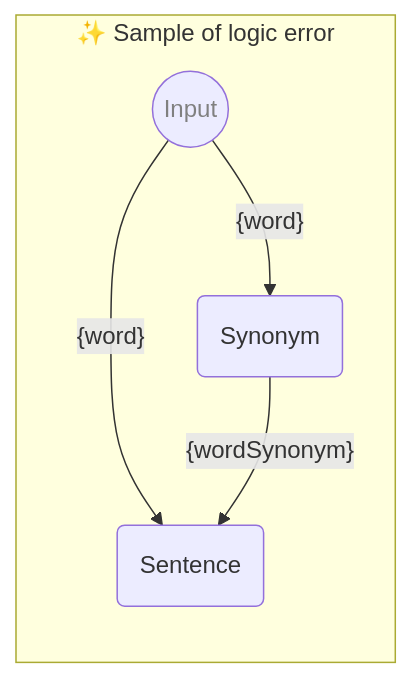
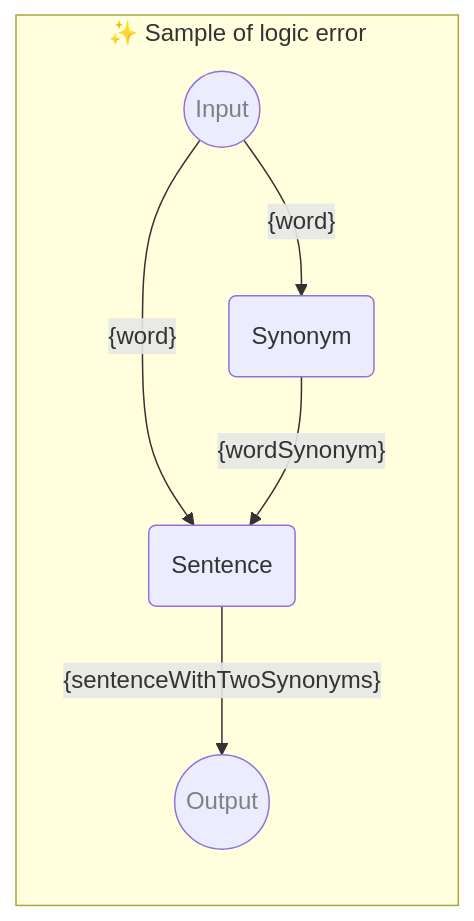
One commit to webgptorg/promptbook changed the diagram in samples/templates/70-parameter-used-in-reverse-order.ptbk.md. Above: the diagram before and after it, drawn with Mermaid. The commit also changed other lines of this file and 43 other files, not shown here.

````diff
--- a/samples/templates/70-parameter-used-in-reverse-order.ptbk.md
+++ b/samples/templates/70-parameter-used-in-reverse-order.ptbk.md
@@ -16,19 +17,23 @@
 ```mermaid
 %% 🔮 Tip: Open this on GitHub or in the VSCode website to see the Mermaid graph visually
 
 flowchart LR
   subgraph "✨ Sample of logic error"
 
       direction TB
 
       input((Input)):::input
       templateSentence(Sentence)
       input--"{word}"-->templateSentence
       templateSynonym--"{wordSynonym}"-->templateSentence
       templateSynonym(Synonym)
       input--"{word}"-->templateSynonym
 
+      templateSentence--"{sentenceWithTwoSynonyms}"-->output
+      output((Output)):::output
+
       classDef input color: grey;
+      classDef output color: grey;
 
   end;
 ```
````
